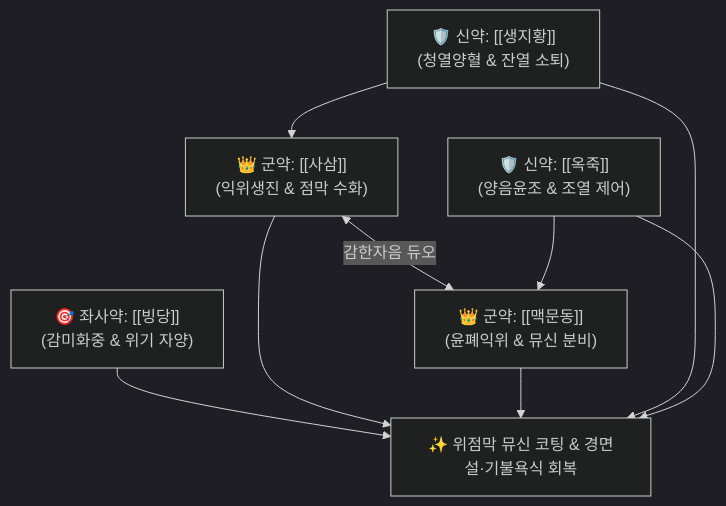
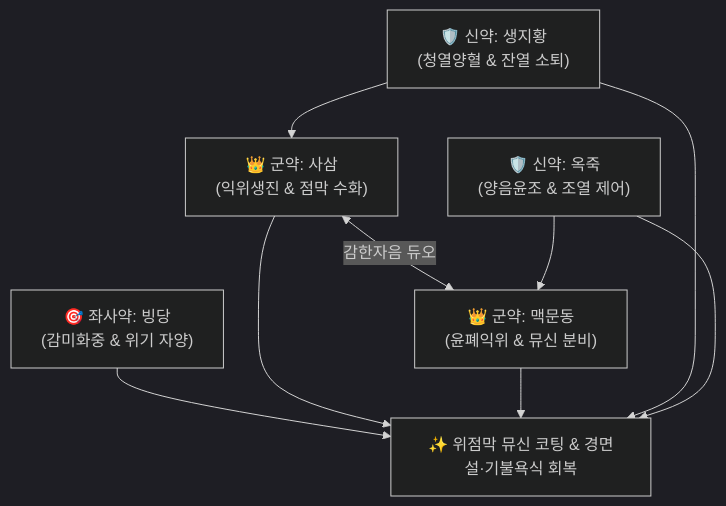
The diagram in content/2. 약리 공부/처방/02_보익제/익위탕.md (simbio11/simbio-digital-garden2), drawn with Mermaid (dark theme) before and after one commit. The commit also changed other lines of this file and 323 other files, not shown here.

````diff
--- a/content/2. 약리 공부/처방/02_보익제/익위탕.md
+++ b/content/2. 약리 공부/처방/02_보익제/익위탕.md
@@ -44,8 +47,8 @@
 ```mermaid
 graph TD
-    SS["👑 군약: [[사삼]]<br>(익위생진 & 점막 수화)"] <-->|감한자음 듀오| MMD["👑 군약: [[맥문동]]<br>(윤폐익위 & 뮤신 분비)"]
-    SJH["🛡️ 신약: [[생지황]]<br>(청열양혈 & 잔열 소퇴)"] --> SS
-    OJ["🛡️ 신약: [[옥죽]]<br>(양음윤조 & 조열 제어)"] --> MMD
-    BD["🎯 좌사약: [[빙당]]<br>(감미화중 & 위기 자양)"] --> Target["✨ 위점막 뮤신 코팅 & 경면설·기불욕식 회복"]
+    SS["👑 군약: 사삼<br>(익위생진 & 점막 수화)"] <-->|감한자음 듀오| MMD["👑 군약: 맥문동<br>(윤폐익위 & 뮤신 분비)"]
+    SJH["🛡️ 신약: 생지황<br>(청열양혈 & 잔열 소퇴)"] --> SS
+    OJ["🛡️ 신약: 옥죽<br>(양음윤조 & 조열 제어)"] --> MMD
+    BD["🎯 좌사약: 빙당<br>(감미화중 & 위기 자양)"] --> Target["✨ 위점막 뮤신 코팅 & 경면설·기불욕식 회복"]
     SS & MMD & SJH & OJ --> Target
 ```
````
